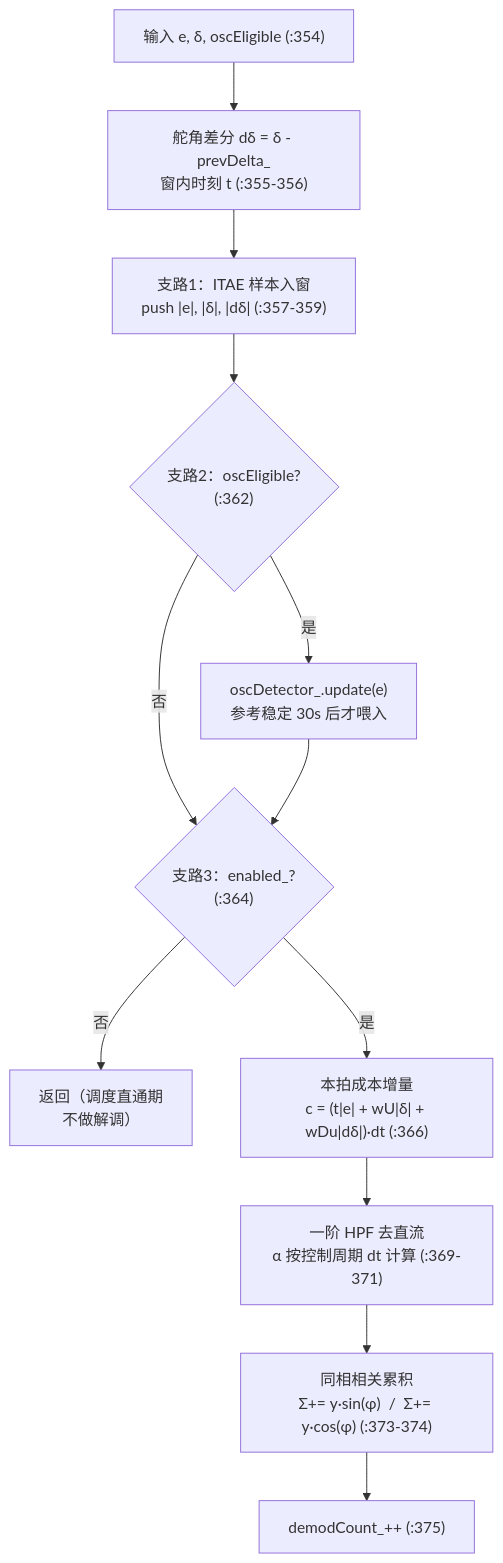
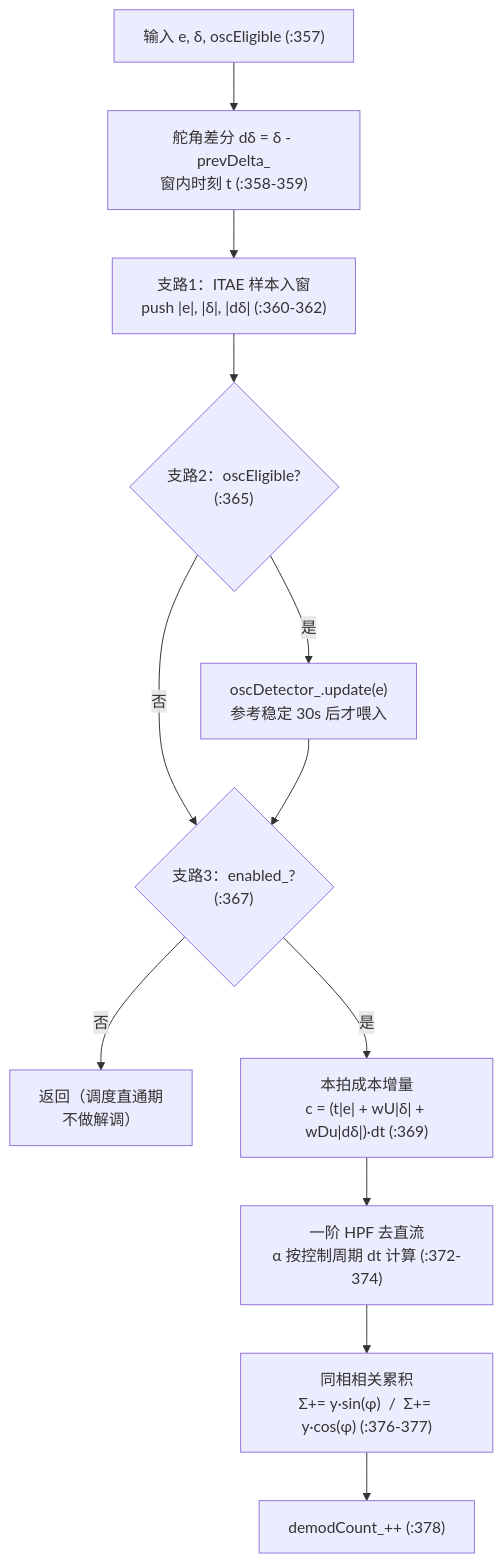
Before and after one commit to jimaka/auto_rudder: the fourth of 16 diagrams in docs/ESC代码函数实现流程.md, drawn with Mermaid. The commit also changed other lines of this file and 24 other files, not shown here.

````diff
--- a/docs/ESC代码函数实现流程.md
+++ b/docs/ESC代码函数实现流程.md
@@ -408,14 +408,14 @@
 ```mermaid
 flowchart TD
-    A["输入 e, δ, oscEligible (:354)"] --> B["舵角差分 dδ = δ - prevDelta_<br/>窗内时刻 t (:355-356)"]
-    B --> C["支路1：ITAE 样本入窗<br/>push |e|, |δ|, |dδ| (:357-359)"]
-    C --> D{"支路2：oscEligible?<br/>(:362)"}
+    A["输入 e, δ, oscEligible (:357)"] --> B["舵角差分 dδ = δ - prevDelta_<br/>窗内时刻 t (:358-359)"]
+    B --> C["支路1：ITAE 样本入窗<br/>push |e|, |δ|, |dδ| (:360-362)"]
+    C --> D{"支路2：oscEligible?<br/>(:365)"}
     D -- 是 --> E["oscDetector_.update(e)<br/>参考稳定 30s 后才喂入"]
     D -- 否 --> F
-    E --> F{"支路3：enabled_?<br/>(:364)"}
+    E --> F{"支路3：enabled_?<br/>(:367)"}
     F -- 否 --> G["返回（调度直通期<br/>不做解调）"]
-    F -- 是 --> H["本拍成本增量<br/>c = (t|e| + wU|δ| + wDu|dδ|)·dt (:366)"]
-    H --> I["一阶 HPF 去直流<br/>α 按控制周期 dt 计算 (:369-371)"]
-    I --> J["同相相关累积<br/>Σ+= y·sin(φ)  /  Σ+= y·cos(φ) (:373-374)"]
-    J --> K["demodCount_++ (:375)"]
+    F -- 是 --> H["本拍成本增量<br/>c = (t|e| + wU|δ| + wDu|dδ|)·dt (:369)"]
+    H --> I["一阶 HPF 去直流<br/>α 按控制周期 dt 计算 (:372-374)"]
+    I --> J["同相相关累积<br/>Σ+= y·sin(φ)  /  Σ+= y·cos(φ) (:376-377)"]
+    J --> K["demodCount_++ (:378)"]
 ```
````
